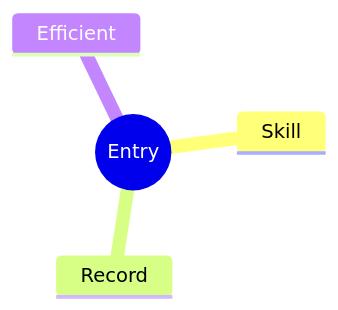
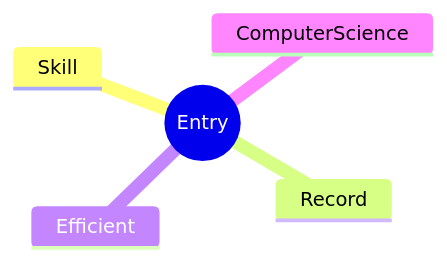
The diagram in notes/entry.md (superupon/knowledge), drawn with Mermaid before and after one commit. The commit also changed other lines of this file and 1 other file, not shown here.

Commit message:
[note] add entry for cs

````diff
--- a/notes/entry.md
+++ b/notes/entry.md
@@ -8,7 +9,8 @@
 ```mermaid
 mindmap
 root((Entry))
   Skill
   Record
   Efficient
+  ComputerScience
 ```
````
